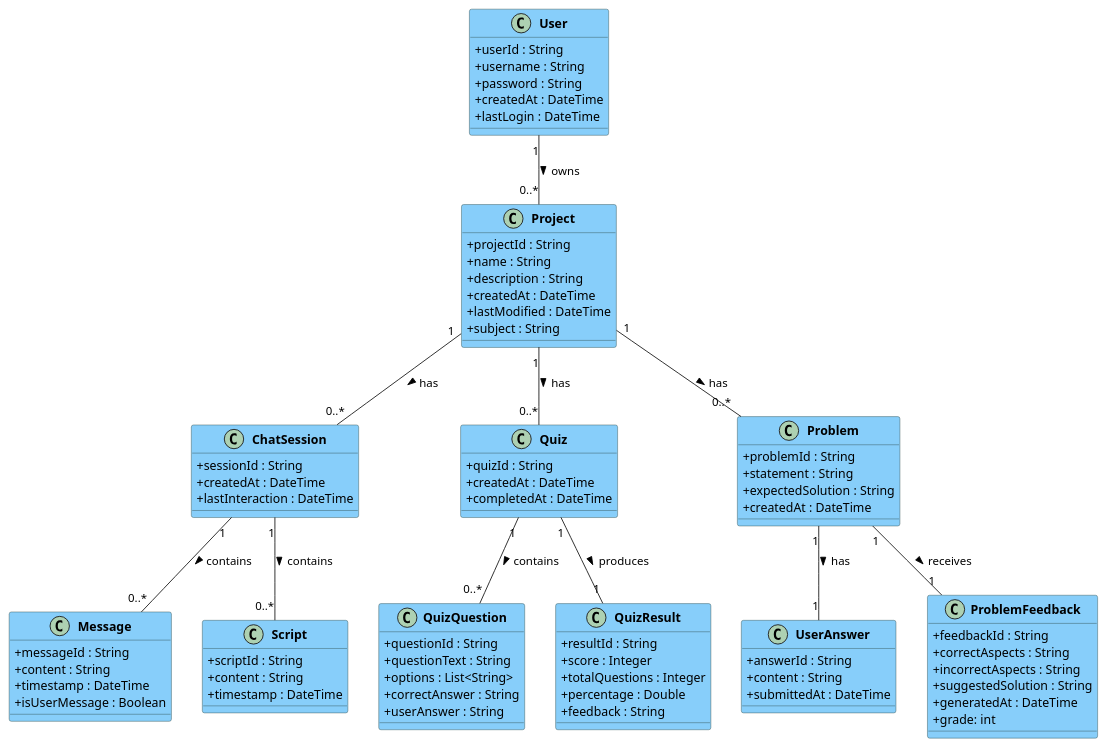
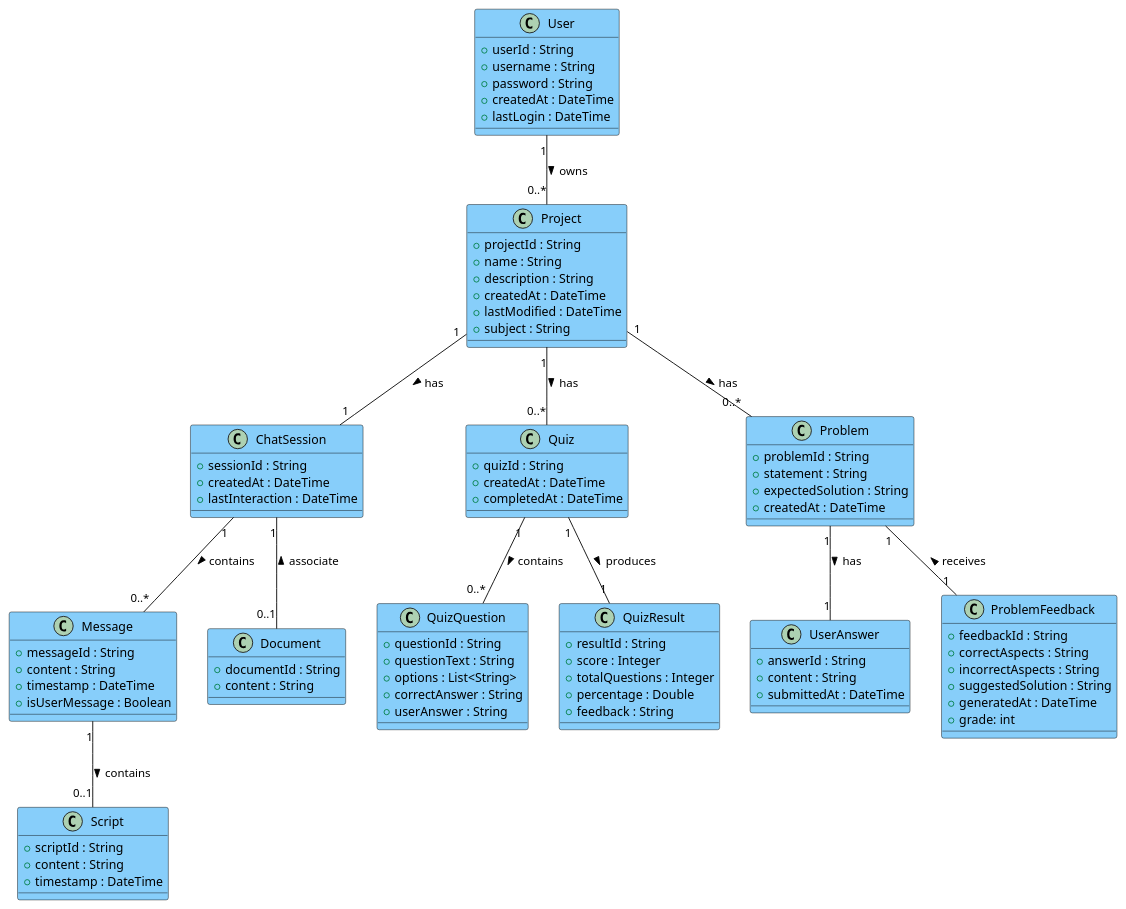
The diagram in docs/domain-model.puml (bdescalzo/SE_Project), drawn with PlantUML before and after one commit.

Commit message:
Update domain-model.puml for Sprint 2
New version of the domain model due to changes in Sprint 2

```diff
--- a/docs/domain-model.puml
+++ b/docs/domain-model.puml
@@ -1,99 +1,105 @@
 @startuml
-skinparam classAttributeIconSize 0
-skinparam classFontStyle bold
-skinparam classFontSize 14
-skinparam classBackgroundColor LightSkyBlue
-skinparam classBorderColor DarkSlateGray
+skinparam class {
+  BackgroundColor LightSkyBlue
+  BorderColor Black
+  ArrowColor Black
+}
 
-class User {
+class User{
   +userId : String
   +username : String
   +password : String
   +createdAt : DateTime
   +lastLogin : DateTime
 }
 
-class Project {
+class Project{
   +projectId : String
   +name : String
   +description : String
   +createdAt : DateTime
   +lastModified : DateTime
   +subject : String
 }
 
 class ChatSession {
   +sessionId : String
   +createdAt : DateTime
   +lastInteraction : DateTime
 }
 
+
 class Message {
   +messageId : String
   +content : String
   +timestamp : DateTime
   +isUserMessage : Boolean
 }
 
-class Script {
-  +scriptId : String
+class Document {
+  +documentId : String
   +content : String
-  +timestamp : DateTime
 }
 
 class Quiz {
   +quizId : String
   +createdAt : DateTime
   +completedAt : DateTime
+}
+
+class Problem {
+  +problemId : String
+  +statement : String
+  +expectedSolution : String
+  +createdAt : DateTime
 }
 
 class QuizQuestion {
   +questionId : String
   +questionText : String
   +options : List<String>
   +correctAnswer : String
   +userAnswer : String
 }
 
 class QuizResult {
   +resultId : String
   +score : Integer
   +totalQuestions : Integer
   +percentage : Double
   +feedback : String
 }
 
-class Problem {
-  +problemId : String
-  +statement : String
-  +expectedSolution : String
-  +createdAt : DateTime
-}
-
 class UserAnswer {
   +answerId : String
   +content : String
   +submittedAt : DateTime
 }
 
 class ProblemFeedback {
   +feedbackId : String
   +correctAspects : String
   +incorrectAspects : String
   +suggestedSolution : String
   +generatedAt : DateTime
   +grade: int
 }
 
-' Relationships
+class Script {
+  +scriptId : String
+  +content : String
+  +timestamp : DateTime
+}
+
 User "1" -- "0..*" Project : owns >
-Project "1" -- "0..*" ChatSession : has >
+Project "1" -- "1" ChatSession : has >
 Project "1" -- "0..*" Quiz : has >
 Project "1" -- "0..*" Problem : has >
 ChatSession "1" -- "0..*" Message : contains >
-ChatSession "1" -- "0..*" Script : contains >
+ChatSession "1" -- "0..1" Document : < associate
 Quiz "1" -- "0..*" QuizQuestion : contains >
 Quiz "1" -- "1" QuizResult : produces >
 Problem "1" -- "1" UserAnswer : has >
-Problem "1" -- "1" ProblemFeedback : receives >
+Problem "1" -- "1" ProblemFeedback : < receives
+Message "1" -- "0..1" Script : contains >
 @enduml
```
